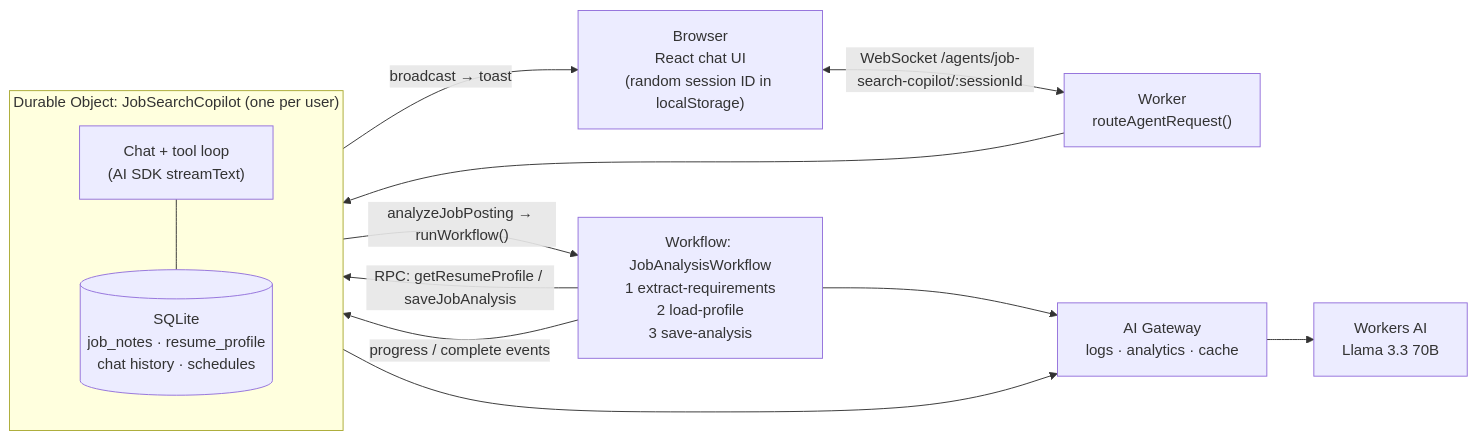
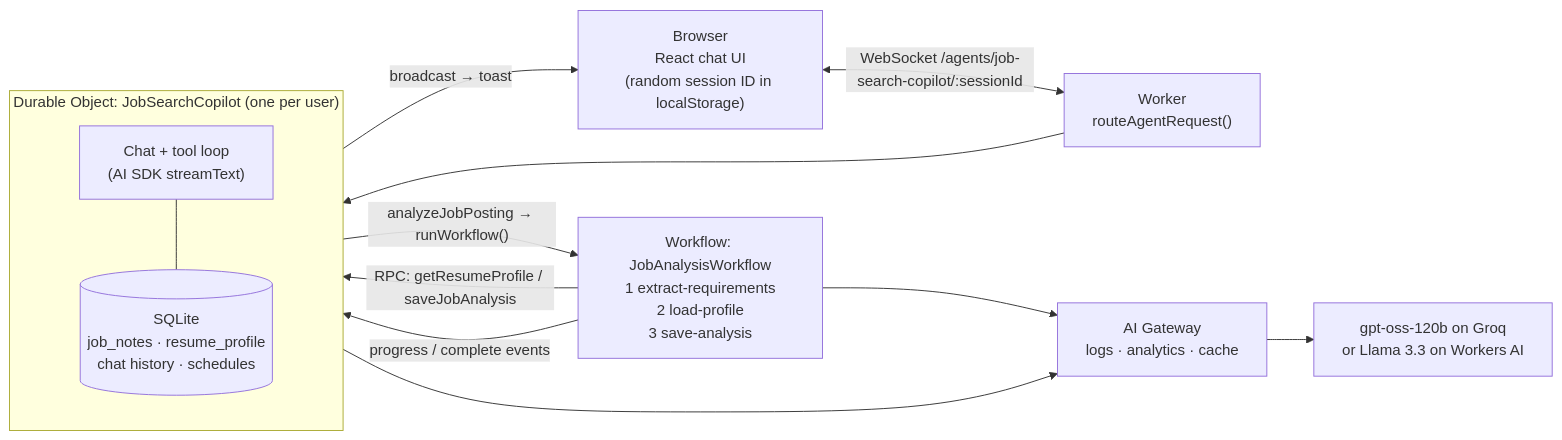
Before and after one commit to aravinthM172/Ai-Agent: the diagram in README.md, drawn with Mermaid. The commit also changed other lines of this file and 11 other files, not shown here.

First line of the commit message:
Use Groq (gpt-oss-120b) for the LLM, with Workers AI as the fallback

````diff
--- a/README.md
+++ b/README.md
@@ -28,22 +28,22 @@
 ```mermaid
 flowchart LR
   B["Browser<br/>React chat UI<br/>(random session ID in localStorage)"]
   W["Worker<br/>routeAgentRequest()"]
   subgraph DO["Durable Object: JobSearchCopilot (one per user)"]
     direction TB
     L["Chat + tool loop<br/>(AI SDK streamText)"]
     S[("SQLite<br/>job_notes · resume_profile<br/>chat history · schedules")]
     L --- S
   end
   WF["Workflow: JobAnalysisWorkflow<br/>1 extract-requirements<br/>2 load-profile<br/>3 save-analysis"]
   G["AI Gateway<br/>logs · analytics · cache"]
-  AI["Workers AI<br/>Llama 3.3 70B"]
+  AI["gpt-oss-120b on Groq<br/>or Llama 3.3 on Workers AI"]
 
   B <-- "WebSocket /agents/job-search-copilot/:sessionId" --> W --> DO
   L -- "analyzeJobPosting → runWorkflow()" --> WF
   WF -- "RPC: getResumeProfile / saveJobAnalysis" --> DO
   WF -- "progress / complete events" --> DO -- "broadcast → toast" --> B
   L --> G
   WF --> G
   G --> AI
 ```
````
